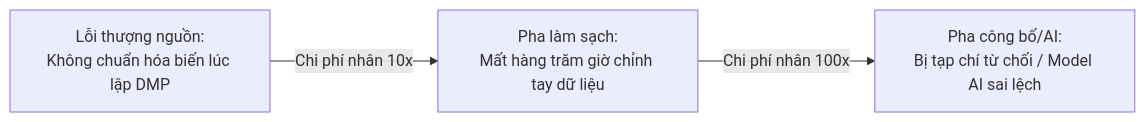
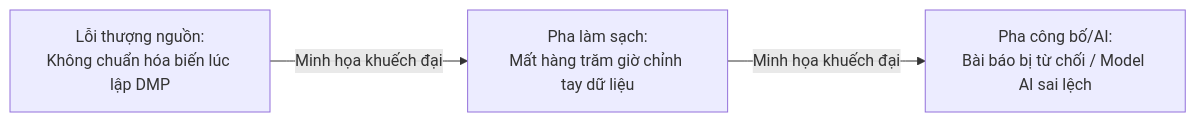
One commit to fossbk-spec/biomedical-rdm changed the second of 2 diagrams in docs/chapters/ch01_overview_and_dmp.md. Above: the diagram before and after it, drawn with Mermaid. The commit also changed other lines of this file and 9 other files, not shown here.

````diff
--- a/docs/chapters/ch01_overview_and_dmp.md
+++ b/docs/chapters/ch01_overview_and_dmp.md
@@ -76,5 +76,5 @@
 ```mermaid
 graph LR
-    A["Lỗi thượng nguồn:<br/>Không chuẩn hóa biến lúc lập DMP"] -->|Chi phí nhân 10x| B["Pha làm sạch:<br/>Mất hàng trăm giờ chỉnh tay dữ liệu"]
-    B -->|Chi phí nhân 100x| C["Pha công bố/AI:<br/>Bị tạp chí từ chối / Model AI sai lệch"]
+    A["Lỗi thượng nguồn:<br/>Không chuẩn hóa biến lúc lập DMP"] -->|Minh họa khuếch đại| B["Pha làm sạch:<br/>Mất hàng trăm giờ chỉnh tay dữ liệu"]
+    B -->|Minh họa khuếch đại| C["Pha công bố/AI:<br/>Bài báo bị từ chối / Model AI sai lệch"]
 ```
````
